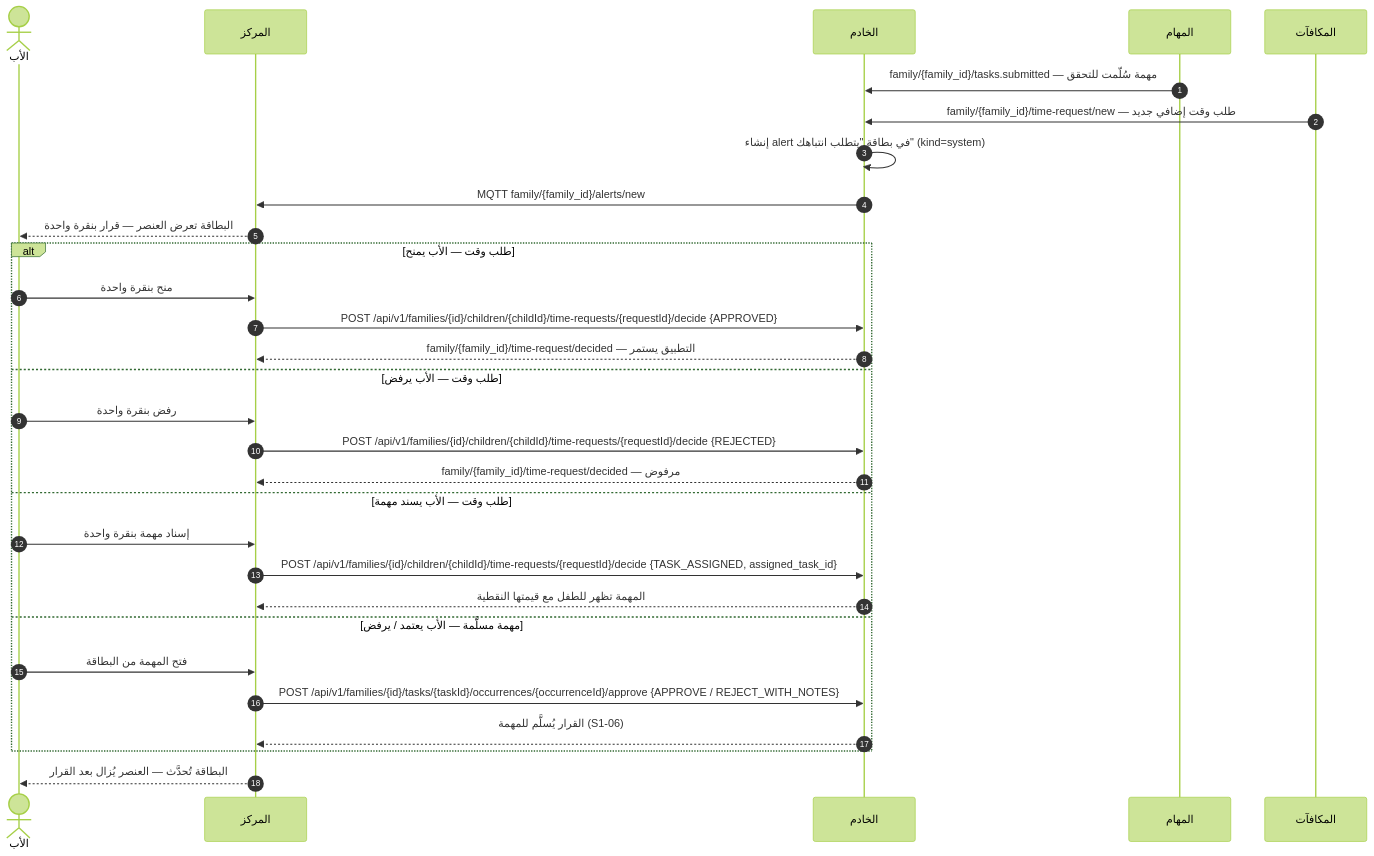
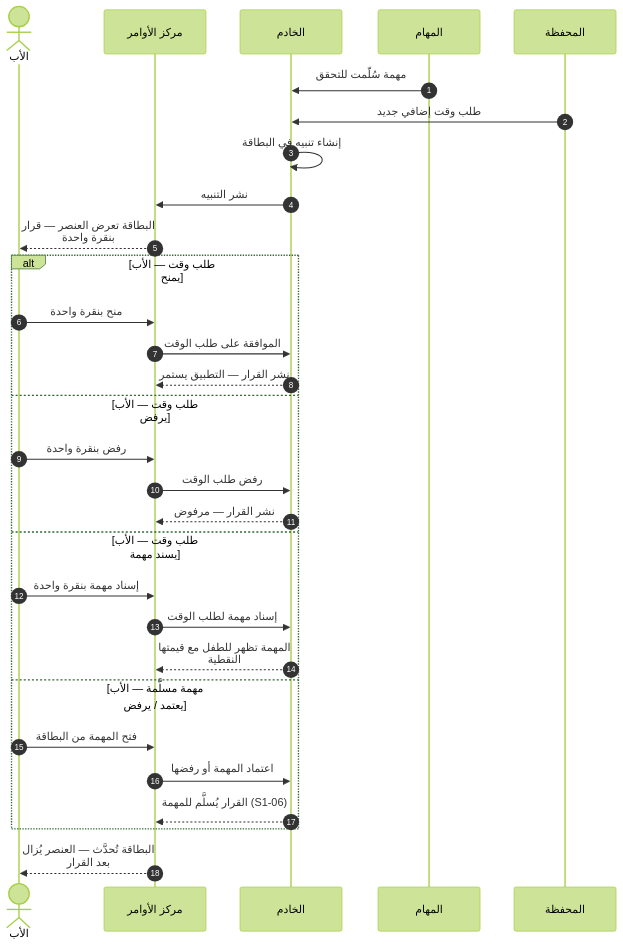
Before and after one commit to Bassam-mohammed-alqaeadi/family-os-v2: diagram 11 of 33 in docs/family-os/governance/phases/phase-1/S1-09-command-center-and-settings/DIAGRAMS.md, drawn with Mermaid (forest theme). The commit also changed other lines of this file, not shown here.

````diff
--- a/docs/family-os/governance/phases/phase-1/S1-09-command-center-and-settings/DIAGRAMS.md
+++ b/docs/family-os/governance/phases/phase-1/S1-09-command-center-and-settings/DIAGRAMS.md
@@ -349,32 +450,33 @@
 ```mermaid
+%%{init: {"sequence": {"wrap": true}}}%%
 sequenceDiagram
     autonumber
     actor Father as الأب
-    participant Hub as المركز
+    participant S109 as مركز الأوامر
     participant Ktor as الخادم
     participant S106 as المهام
-    participant S105 as المكافآت
-    S106->>Ktor: family/{family_id}/tasks.submitted — مهمة سُلّمت للتحقق
-    S105->>Ktor: family/{family_id}/time-request/new — طلب وقت إضافي جديد
-    Ktor->>Ktor: إنشاء alert في بطاقة "يتطلب انتباهك" (kind=system)
-    Ktor->>Hub: MQTT family/{family_id}/alerts/new
-    Hub-->>Father: البطاقة تعرض العنصر — قرار بنقرة واحدة
+    participant S105 as المحفظة
+    S106->>Ktor: مهمة سُلّمت للتحقق
+    S105->>Ktor: طلب وقت إضافي جديد
+    Ktor->>Ktor: إنشاء تنبيه في البطاقة
+    Ktor->>S109: نشر التنبيه
+    S109-->>Father: البطاقة تعرض العنصر — قرار بنقرة واحدة
     alt طلب وقت — الأب يمنح
-        Father->>Hub: منح بنقرة واحدة
-        Hub->>Ktor: POST /api/v1/families/{id}/children/{childId}/time-requests/{requestId}/decide {APPROVED}
-        Ktor-->>Hub: family/{family_id}/time-request/decided — التطبيق يستمر
+        Father->>S109: منح بنقرة واحدة
+        S109->>Ktor: الموافقة على طلب الوقت
+        Ktor-->>S109: نشر القرار — التطبيق يستمر
     else طلب وقت — الأب يرفض
-        Father->>Hub: رفض بنقرة واحدة
-        Hub->>Ktor: POST /api/v1/families/{id}/children/{childId}/time-requests/{requestId}/decide {REJECTED}
-        Ktor-->>Hub: family/{family_id}/time-request/decided — مرفوض
+        Father->>S109: رفض بنقرة واحدة
+        S109->>Ktor: رفض طلب الوقت
+        Ktor-->>S109: نشر القرار — مرفوض
     else طلب وقت — الأب يسند مهمة
-        Father->>Hub: إسناد مهمة بنقرة واحدة
-        Hub->>Ktor: POST /api/v1/families/{id}/children/{childId}/time-requests/{requestId}/decide {TASK_ASSIGNED, assigned_task_id}
-        Ktor-->>Hub: المهمة تظهر للطفل مع قيمتها النقطية
+        Father->>S109: إسناد مهمة بنقرة واحدة
+        S109->>Ktor: إسناد مهمة لطلب الوقت
+        Ktor-->>S109: المهمة تظهر للطفل مع قيمتها النقطية
     else مهمة مسلَّمة — الأب يعتمد / يرفض
-        Father->>Hub: فتح المهمة من البطاقة
-        Hub->>Ktor: POST /api/v1/families/{id}/tasks/{taskId}/occurrences/{occurrenceId}/approve {APPROVE / REJECT_WITH_NOTES}
-        Ktor-->>Hub: القرار يُسلَّم للمهمة (S1-06)
+        Father->>S109: فتح المهمة من البطاقة
+        S109->>Ktor: اعتماد المهمة أو رفضها
+        Ktor-->>S109: القرار يُسلَّم للمهمة (S1-06)
     end
-    Hub-->>Father: البطاقة تُحدَّث — العنصر يُزال بعد القرار
+    S109-->>Father: البطاقة تُحدَّث — العنصر يُزال بعد القرار
 ```
````
